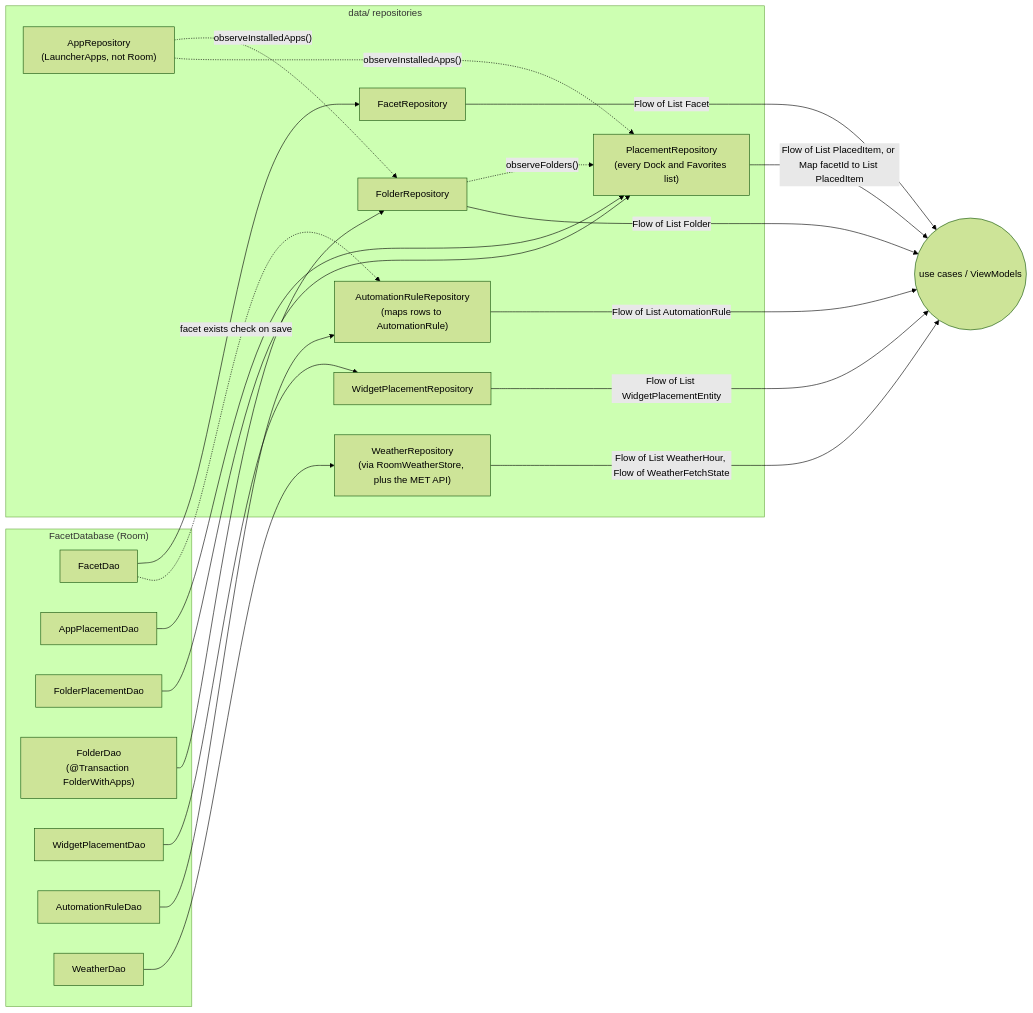
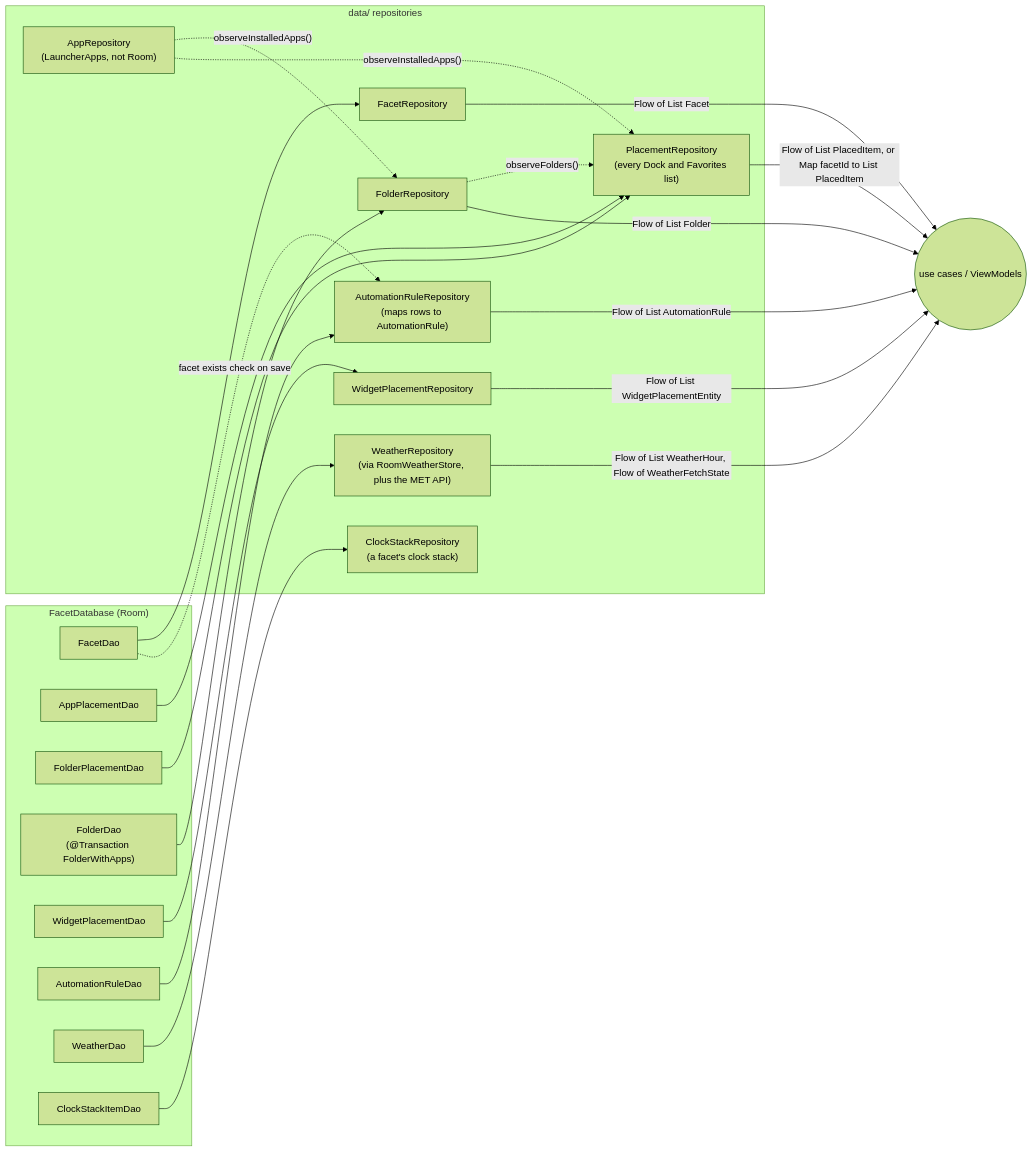
The second of 3 diagrams in docs/architecture/02-persistence-room.md (rohitganjam/facet-launcher), drawn with Mermaid (forest theme) before and after one commit. The commit also changed other lines of this file and 15 other files, not shown here.

First line of the commit message:
Widget stack: clock_stack_items table, migration 34 to 35 and ClockStackRepository

````diff
--- a/docs/architecture/02-persistence-room.md
+++ b/docs/architecture/02-persistence-room.md
@@ -186,42 +201,45 @@
 ```mermaid
 flowchart LR
     subgraph DB["FacetDatabase (Room)"]
         FD[FacetDao]
         APD[AppPlacementDao]
         FPD[FolderPlacementDao]
         FOD["FolderDao\n(@Transaction FolderWithApps)"]
         WPD[WidgetPlacementDao]
         ARD[AutomationRuleDao]
         WTD[WeatherDao]
+        CSD[ClockStackItemDao]
     end
 
     subgraph REPO["data/ repositories"]
         FR[FacetRepository]
         PR["PlacementRepository\n(every Dock and Favorites list)"]
         FOR[FolderRepository]
         WPR[WidgetPlacementRepository]
         ARR["AutomationRuleRepository\n(maps rows to AutomationRule)"]
         WTR["WeatherRepository\n(via RoomWeatherStore, plus the MET API)"]
+        CSR["ClockStackRepository\n(a facet's clock stack)"]
         AR["AppRepository\n(LauncherApps, not Room)"]
     end
 
     FD --> FR
     APD --> PR
     FPD --> PR
     FOD --> FOR
     WPD --> WPR
     ARD --> ARR
     WTD --> WTR
+    CSD --> CSR
     FD -. "facet exists check on save" .-> ARR
 
     AR -. "observeInstalledApps()" .-> FOR
     AR -. "observeInstalledApps()" .-> PR
     FOR -. "observeFolders()" .-> PR
 
     FR -- "Flow of List Facet" --> OUT((use cases / ViewModels))
     PR -- "Flow of List PlacedItem, or Map facetId to List PlacedItem" --> OUT
     FOR -- "Flow of List Folder" --> OUT
     WPR -- "Flow of List WidgetPlacementEntity" --> OUT
     ARR -- "Flow of List AutomationRule" --> OUT
     WTR -- "Flow of List WeatherHour, Flow of WeatherFetchState" --> OUT
 ```
````
